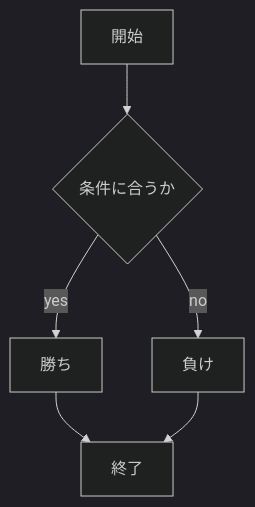
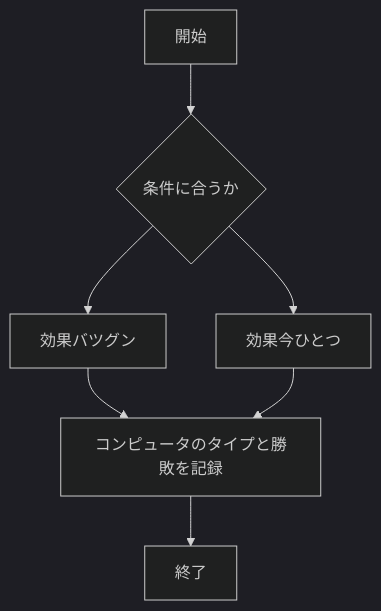
The third of 3 diagrams in README.md (sebenaoto/webpro_06), drawn with Mermaid (dark theme) before and after one commit. The commit also changed other lines of this file and 6 other files, not shown here.

````diff
--- a/README.md
+++ b/README.md
@@ -28,15 +94,17 @@
 ```mermaid
 flowchart TD;
 
 start["開始"];
 end1["終了"];
 if{"条件に合うか"};
-win["勝ち"];
-loose["負け"];
+win["効果バツグン"];
+loose["効果今ひとつ"];
+remember["コンピュータのタイプと勝敗を記録"]
 
 start --> if
-if -->|yes| win
-win --> end1
-if -->|no| loose
-loose --> end1
+if --> win
+win --> remember
+if --> loose
+loose --> remember
+remember --> end1
 ```
````
